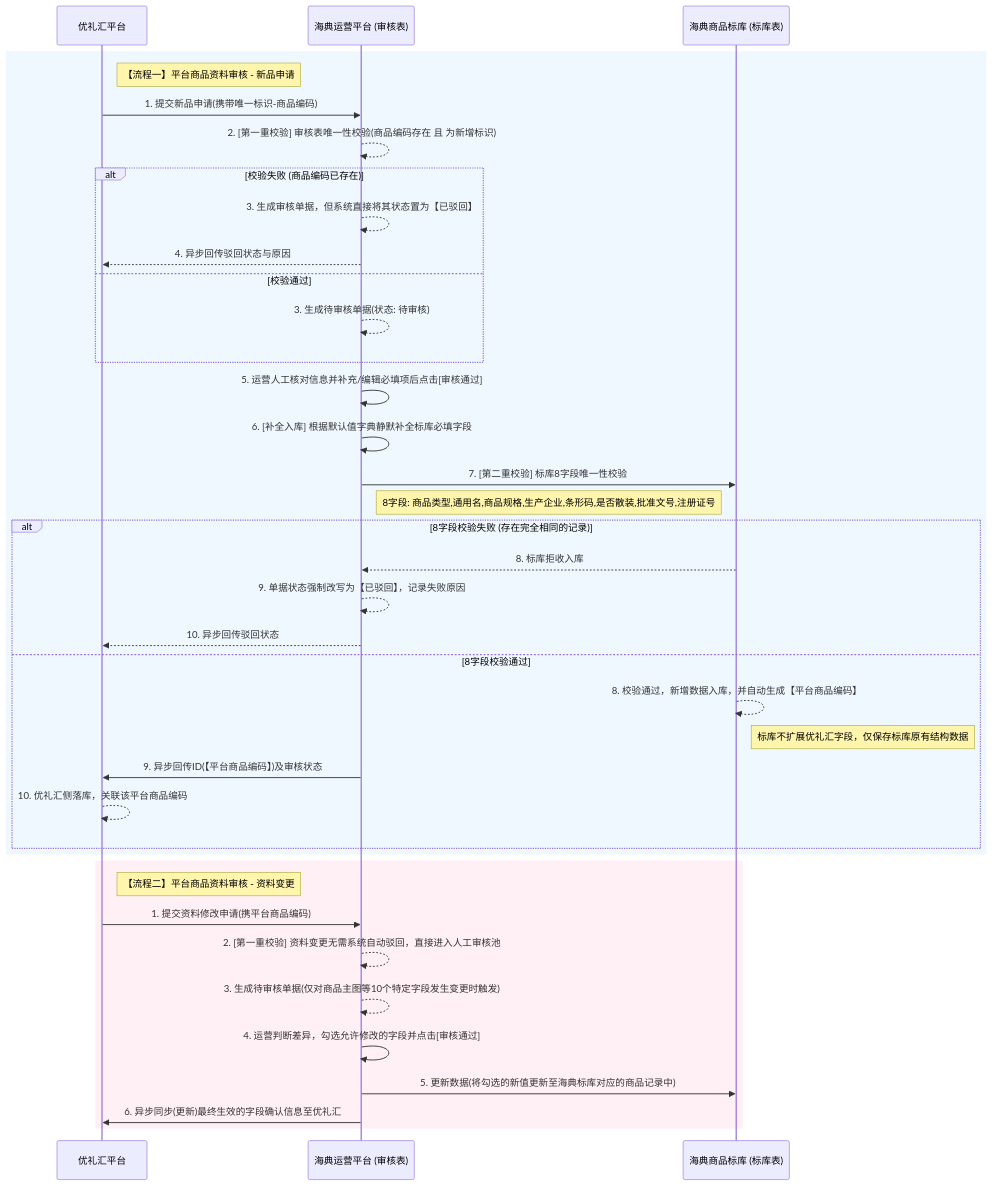
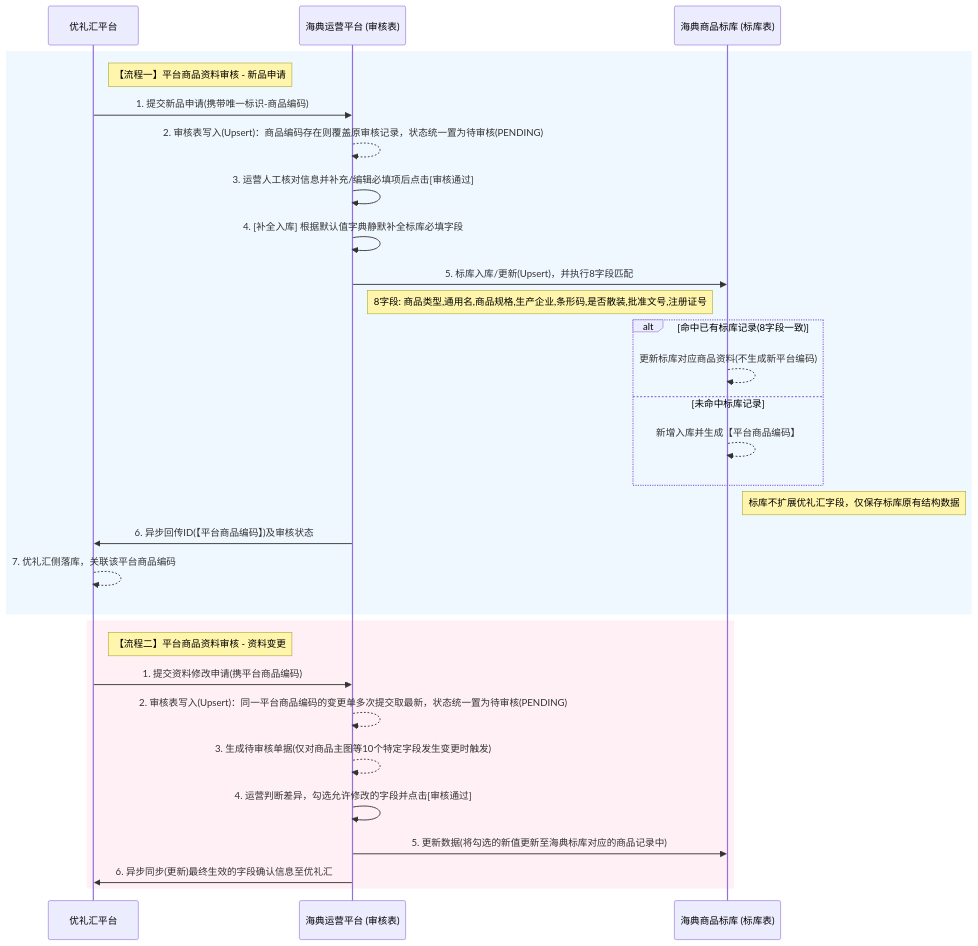
One commit to hnxief-code/shangpin-platform-sync changed the diagram in sequence_diagram.mmd. Above: the diagram before and after it, drawn with Mermaid. The commit also changed 6 other files, not shown here.

Commit message:
更新资料变更中橱窗图逻辑

```diff
--- a/sequence_diagram.mmd
+++ b/sequence_diagram.mmd
@@ -1,42 +1,34 @@
 sequenceDiagram
     participant YLH as 优礼汇平台
     participant HD as 海典运营平台 (审核表)
     participant DB as 海典商品标库 (标库表)
     
     rect rgb(240, 248, 255)
     note right of YLH: 【流程一】平台商品资料审核 - 新品申请
     YLH->>HD: 1. 提交新品申请(携带唯一标识-商品编码)
     
-    HD-->>HD: 2. [第一重校验] 审核表唯一性校验(商品编码存在 且 为新增标识)
-    alt 校验失败 (商品编码已存在)
-        HD-->>HD: 3. 生成审核单据，但系统直接将其状态置为【已驳回】
-        HD-->>YLH: 4. 异步回传驳回状态与原因
-    else 校验通过
-        HD-->>HD: 3. 生成待审核单据(状态: 待审核)
+    HD-->>HD: 2. 审核表写入(Upsert)：商品编码存在则覆盖原审核记录，状态统一置为待审核(PENDING)
+    
+    HD->>HD: 3. 运营人工核对信息并补充/编辑必填项后点击[审核通过]
+    HD->>HD: 4. [补全入库] 根据默认值字典静默补全标库必填字段
+    HD->>DB: 5. 标库入库/更新(Upsert)，并执行8字段匹配
+    note right of HD: 8字段: 商品类型,通用名,商品规格,生产企业,条形码,是否散装,批准文号,注册证号
+    alt 命中已有标库记录(8字段一致)
+        DB-->>DB: 更新标库对应商品资料(不生成新平台编码)
+    else 未命中标库记录
+        DB-->>DB: 新增入库并生成【平台商品编码】
     end
-    
-    HD->>HD: 5. 运营人工核对信息并补充/编辑必填项后点击[审核通过]
-    HD->>HD: 6. [补全入库] 根据默认值字典静默补全标库必填字段
-    HD->>DB: 7. [第二重校验] 标库8字段唯一性校验
-    note right of HD: 8字段: 商品类型,通用名,商品规格,生产企业,条形码,是否散装,批准文号,注册证号
-    alt 8字段校验失败 (存在完全相同的记录)
-        DB-->>HD: 8. 标库拒收入库
-        HD-->>HD: 9. 单据状态强制改写为【已驳回】，记录失败原因
-        HD-->>YLH: 10. 异步回传驳回状态
-    else 8字段校验通过
-        DB-->>DB: 8. 校验通过，新增数据入库，并自动生成【平台商品编码】
-        note right of DB: 标库不扩展优礼汇字段，仅保存标库原有结构数据
-        HD->>YLH: 9. 异步回传ID(【平台商品编码】)及审核状态
-        YLH-->>YLH: 10. 优礼汇侧落库，关联该平台商品编码
-    end
+    note right of DB: 标库不扩展优礼汇字段，仅保存标库原有结构数据
+    HD->>YLH: 6. 异步回传ID(【平台商品编码】)及审核状态
+    YLH-->>YLH: 7. 优礼汇侧落库，关联该平台商品编码
     end
     
     rect rgb(255, 240, 245)
     note right of YLH: 【流程二】平台商品资料审核 - 资料变更
     YLH->>HD: 1. 提交资料修改申请(携平台商品编码)
-    HD-->>HD: 2. [第一重校验] 资料变更无需系统自动驳回，直接进入人工审核池
+    HD-->>HD: 2. 审核表写入(Upsert)：同一平台商品编码的变更单多次提交取最新，状态统一置为待审核(PENDING)
     HD-->>HD: 3. 生成待审核单据(仅对商品主图等10个特定字段发生变更时触发)
     HD->>HD: 4. 运营判断差异，勾选允许修改的字段并点击[审核通过]
     HD->>DB: 5. 更新数据(将勾选的新值更新至海典标库对应的商品记录中)
     HD->>YLH: 6. 异步同步(更新)最终生效的字段确认信息至优礼汇
     end
```
